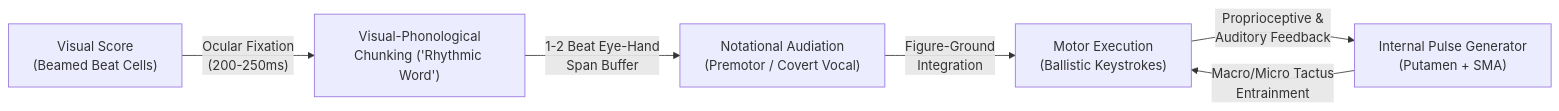
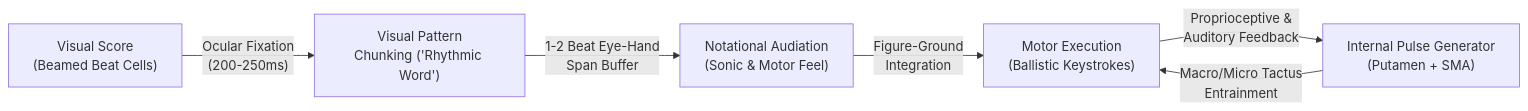
The diagram in docs/rhythm_reading_pedagogy_and_design.md (benjaminkiesl/no_nonsense_sight_reading), drawn with Mermaid before and after one commit. The commit also changed other lines of this file, not shown here.

Commit message:
docs: remove Takadimi syllable layer in favor of direct visual-to-sonic/motor feel

````diff
--- a/docs/rhythm_reading_pedagogy_and_design.md
+++ b/docs/rhythm_reading_pedagogy_and_design.md
@@ -170,8 +161,8 @@
 ```mermaid
 flowchart LR
-    A["Visual Score\n(Beamed Beat Cells)"] -->|"Ocular Fixation\n(200-250ms)"| B["Visual-Phonological\nChunking ('Rhythmic Word')"]
-    B -->|"1-2 Beat Eye-Hand\nSpan Buffer"| C["Notational Audiation\n(Premotor / Covert Vocal)"]
+    A["Visual Score\n(Beamed Beat Cells)"] -->|"Ocular Fixation\n(200-250ms)"| B["Visual Pattern\nChunking ('Rhythmic Word')"]
+    B -->|"1-2 Beat Eye-Hand\nSpan Buffer"| C["Notational Audiation\n(Sonic & Motor Feel)"]
     D["Internal Pulse Generator\n(Putamen + SMA)"] -->|"Macro/Micro Tactus\nEntrainment"| E["Motor Execution\n(Ballistic Keystrokes)"]
     C -->|"Figure-Ground\nIntegration"| E
     E -->|"Proprioceptive &\nAuditory Feedback"| D
 ```
````
